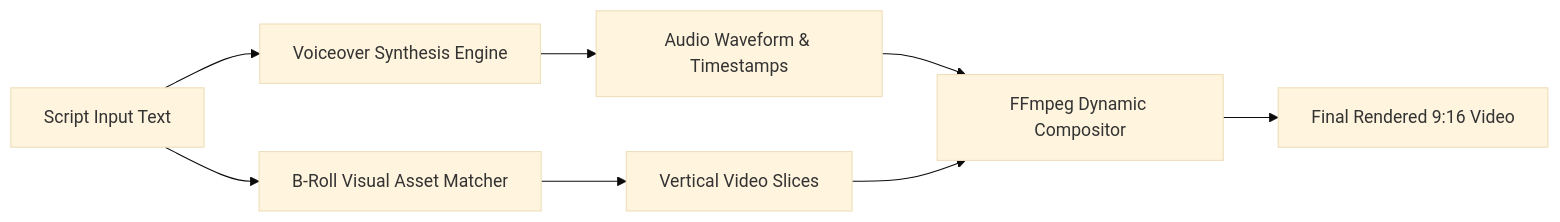
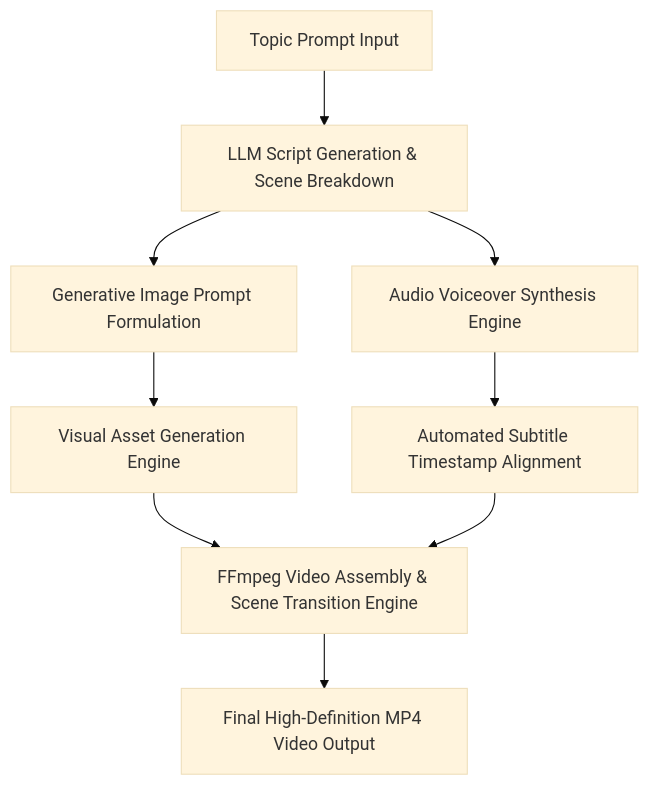
One commit to sohailahmed-bsrh/auto-video-generator changed the diagram in README.md. Above: the diagram before and after it, drawn with Mermaid (base theme). The commit also changed other lines of this file, not shown here.

Commit message:
docs: deploy visual showcase README with screenshot galleries and architecture specifications

````diff
--- a/README.md
+++ b/README.md
@@ -30,10 +48,11 @@
 ```mermaid
-flowchart LR
-    Script[Script Input Text] --> TTS[Voiceover Synthesis Engine]
-    Script --> AssetEngine[B-Roll Visual Asset Matcher]
-    TTS --> Timestamps[Audio Waveform & Timestamps]
-    AssetEngine --> VideoStream[Vertical Video Slices]
-    Timestamps --> Compositor[FFmpeg Dynamic Compositor]
-    VideoStream --> Compositor
-    Compositor --> FinalMP4[Final Rendered 9:16 Video]
+flowchart TD
+    A[Topic Prompt Input] --> B[LLM Script Generation & Scene Breakdown]
+    B --> C[Generative Image Prompt Formulation]
+    C --> D[Visual Asset Generation Engine]
+    B --> E[Audio Voiceover Synthesis Engine]
+    E --> F[Automated Subtitle Timestamp Alignment]
+    D --> G[FFmpeg Video Assembly & Scene Transition Engine]
+    F --> G
+    G --> H[Final High-Definition MP4 Video Output]
 ```
````
